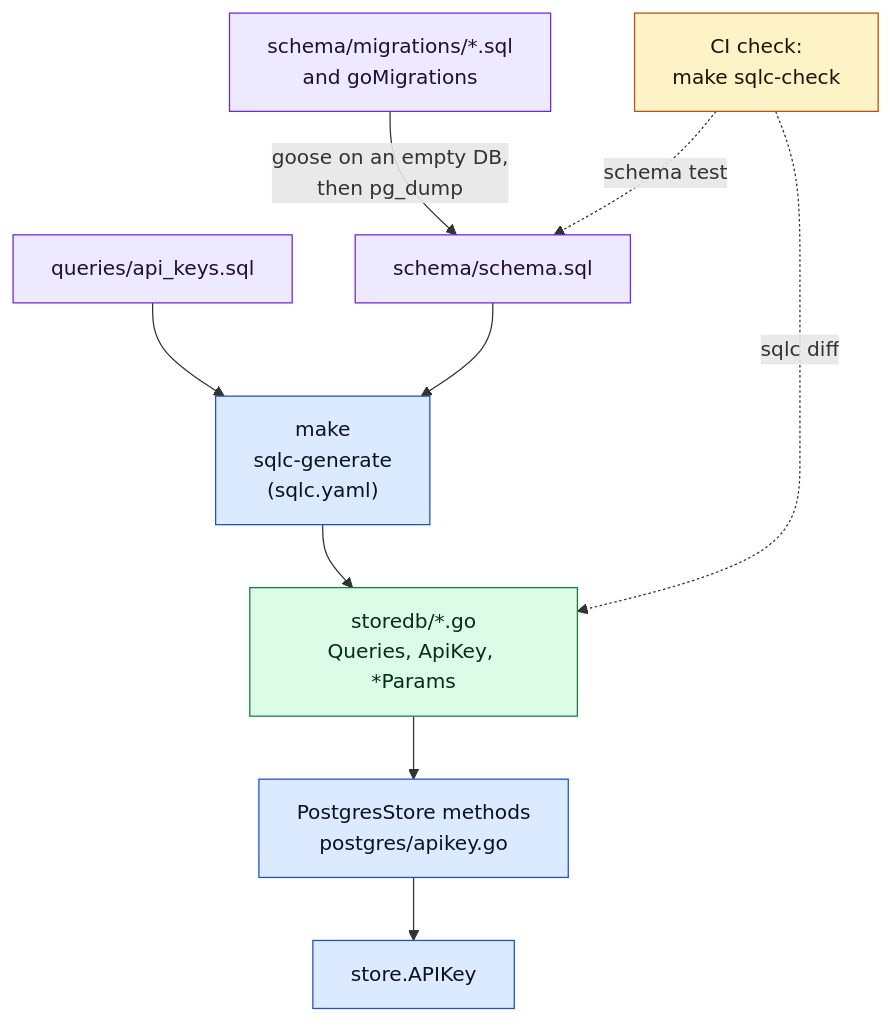
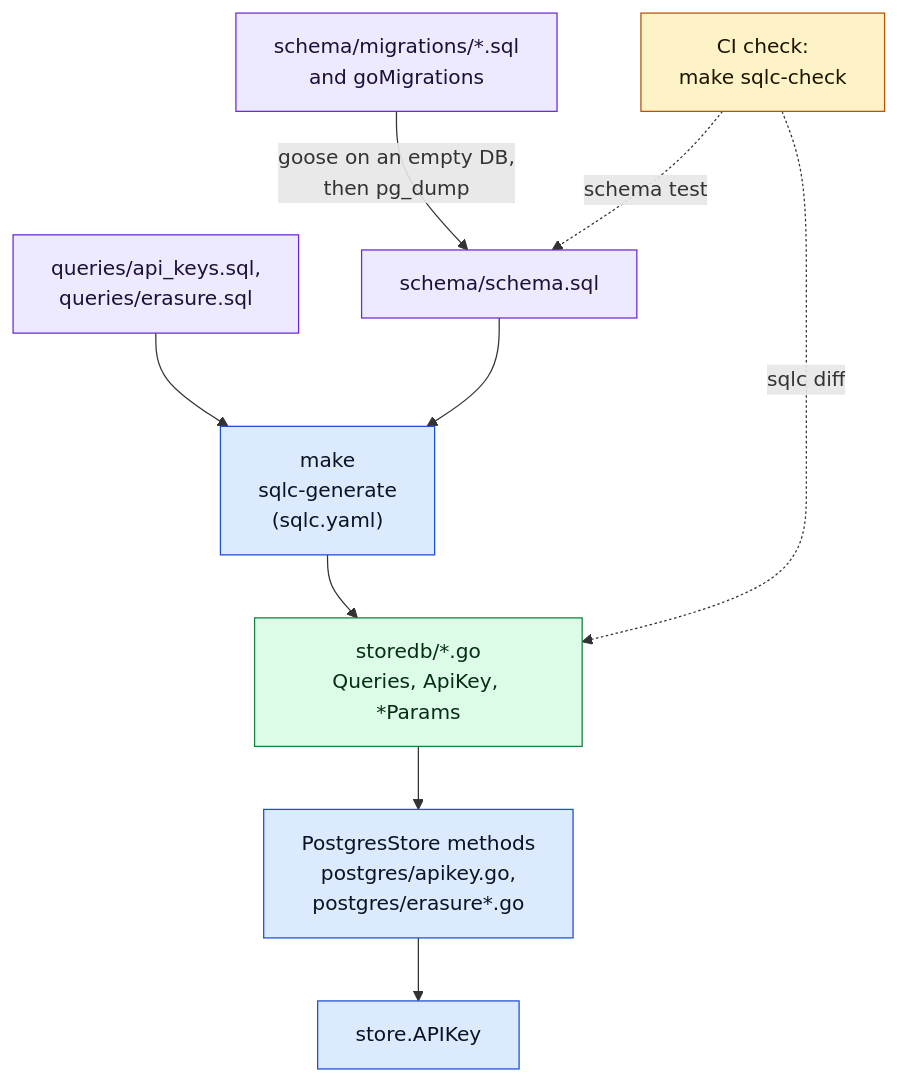
One commit to Layr-Labs/d-inference changed the second of 3 diagrams in docs/architecture/schema-lifecycle.md. Above: the diagram before and after it, drawn with Mermaid. The commit also changed other lines of this file and 210 other files, not shown here.

````diff
--- a/docs/architecture/schema-lifecycle.md
+++ b/docs/architecture/schema-lifecycle.md
@@ -197,15 +206,15 @@
 ```mermaid
 flowchart TB
   classDef src fill:#ede9fe,stroke:#6d28d9,color:#1e1035
   classDef step fill:#dbeafe,stroke:#1d4ed8,color:#0b1220
   classDef gen fill:#dcfce7,stroke:#15803d,color:#052e16
   classDef check fill:#fef3c7,stroke:#b45309,color:#1f1300
   M["schema/migrations/*.sql<br/>and goMigrations"]:::src -- "goose on an empty DB,<br/>then pg_dump" --> S["schema/schema.sql"]:::src
-  Q["queries/api_keys.sql"]:::src --> G["make<br/>sqlc-generate<br/>(sqlc.yaml)"]:::step
+  Q["queries/api_keys.sql,<br/>queries/erasure.sql"]:::src --> G["make<br/>sqlc-generate<br/>(sqlc.yaml)"]:::step
   S --> G
   G --> D["storedb/*.go<br/>Queries, ApiKey, *Params"]:::gen
-  D --> P["PostgresStore methods<br/>postgres/apikey.go"]:::step
+  D --> P["PostgresStore methods<br/>postgres/apikey.go,<br/>postgres/erasure*.go"]:::step
   P --> T["store.APIKey"]:::step
   C["CI check:<br/>make sqlc-check"]:::check -. "schema test" .-> S
   C -. "sqlc diff" .-> D
 ```
````
